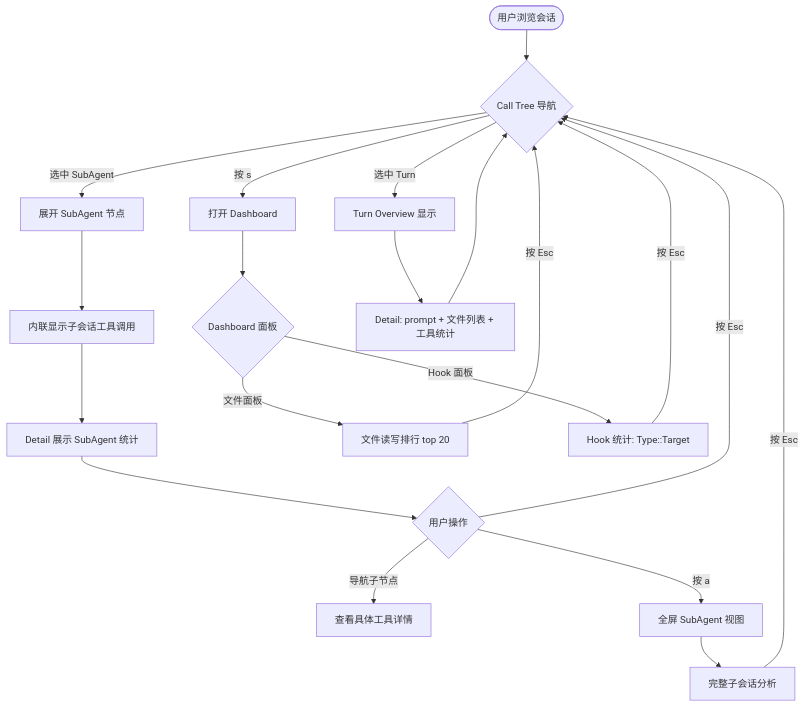
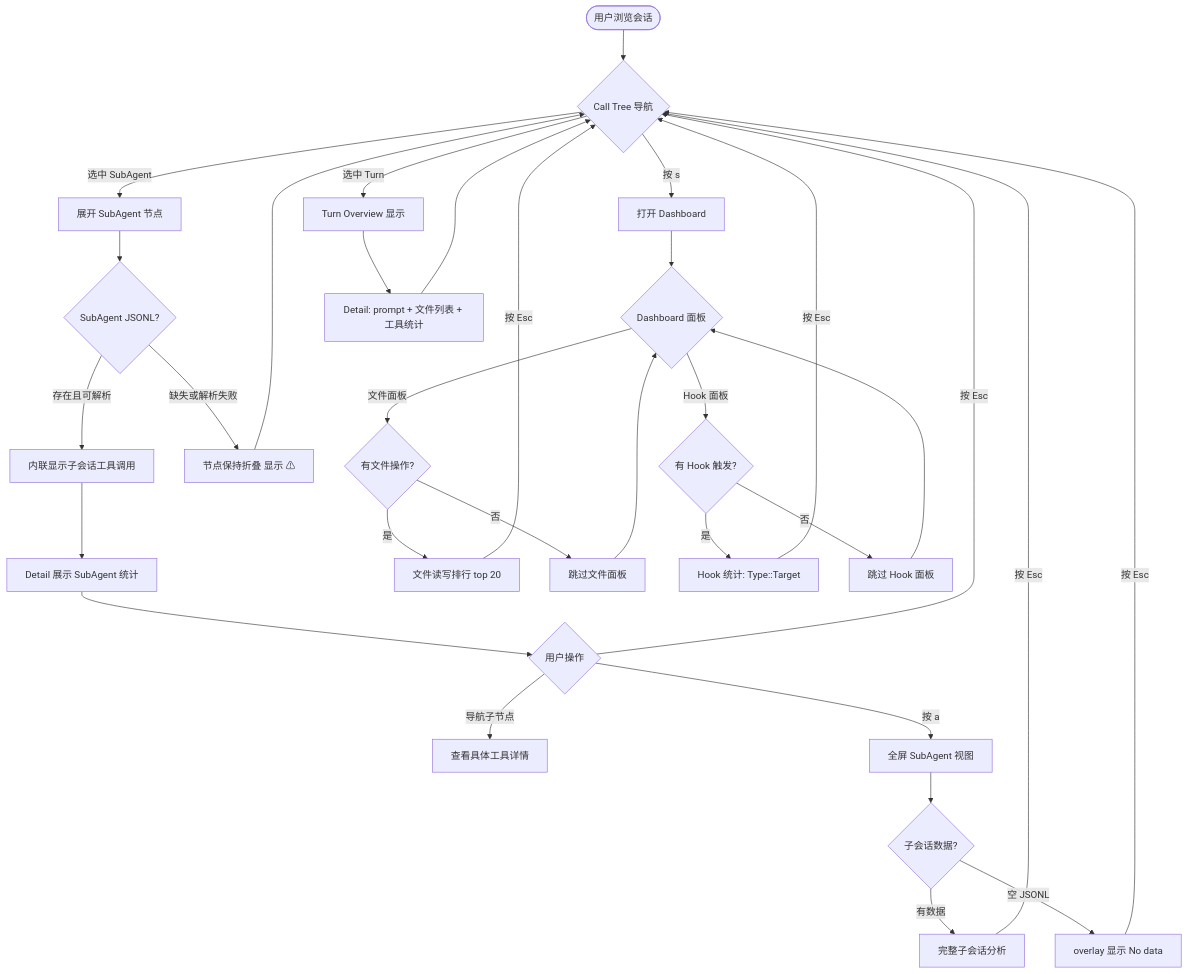
Before and after one commit to bigfaner/agent-forensic: the diagram in docs/features/deep-drill-analytics/prd/prd-spec.md, drawn with Mermaid. The commit also changed 4 other files, not shown here.

````diff
--- a/docs/features/deep-drill-analytics/prd/prd-spec.md
+++ b/docs/features/deep-drill-analytics/prd/prd-spec.md
@@ -84,27 +84,40 @@
 ```mermaid
 flowchart TD
     Start([用户浏览会话]) --> CT{Call Tree 导航}
     CT -->|选中 SubAgent| SA[展开 SubAgent 节点]
     CT -->|选中 Turn| TO[Turn Overview 显示]
     CT -->|按 s| DB[打开 Dashboard]
 
-    SA --> SA1[内联显示子会话工具调用]
+    SA --> SA0{SubAgent JSONL?}
+    SA0 -->|存在且可解析| SA1[内联显示子会话工具调用]
+    SA0 -->|缺失或解析失败| SA_ERR[节点保持折叠 显示 ⚠]
+    SA_ERR --> CT
+
     SA1 --> SA2[Detail 展示 SubAgent 统计]
     SA2 --> SA3{用户操作}
     SA3 -->|导航子节点| SA4[查看具体工具详情]
     SA3 -->|按 a| SA5[全屏 SubAgent 视图]
     SA3 -->|按 Esc| CT
 
-    SA5 --> SA6[完整子会话分析]
+    SA5 --> SA5_CHK{子会话数据?}
+    SA5_CHK -->|有数据| SA6[完整子会话分析]
+    SA5_CHK -->|空 JSONL| SA_EMPTY[overlay 显示 No data]
     SA6 -->|按 Esc| CT
+    SA_EMPTY -->|按 Esc| CT
 
     DB --> DB1{Dashboard 面板}
-    DB1 -->|文件面板| FP[文件读写排行 top 20]
-    DB1 -->|Hook 面板| HP[Hook 统计: Type::Target]
+    DB1 -->|文件面板| FP_CHK{有文件操作?}
+    FP_CHK -->|是| FP[文件读写排行 top 20]
+    FP_CHK -->|否| FP_SKIP[跳过文件面板]
+    DB1 -->|Hook 面板| HP_CHK{有 Hook 触发?}
+    HP_CHK -->|是| HP[Hook 统计: Type::Target]
+    HP_CHK -->|否| HP_SKIP[跳过 Hook 面板]
 
     FP -->|按 Esc| CT
+    FP_SKIP --> DB1
     HP -->|按 Esc| CT
+    HP_SKIP --> DB1
 
     TO --> TO1[Detail: prompt + 文件列表 + 工具统计]
     TO1 --> CT
 ```
````
